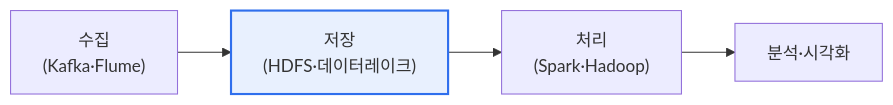
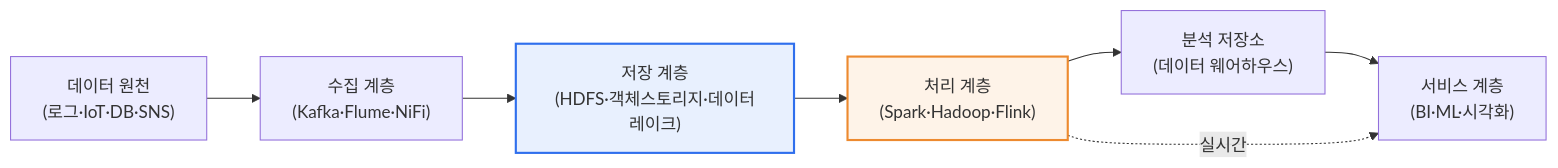
The first of 2 diagrams in content/bigdata-platform-architecture.md (coninggu/wjdqhrhksflrltnftk), drawn with Mermaid before and after one commit. The commit also changed other lines of this file and 3 other files, not shown here.

````diff
--- a/content/bigdata-platform-architecture.md
+++ b/content/bigdata-platform-architecture.md
@@ -15,5 +21,11 @@
 ```mermaid
 flowchart LR
-  I["수집<br/>(Kafka·Flume)"] --> S["저장<br/>(HDFS·데이터레이크)"] --> P["처리<br/>(Spark·Hadoop)"] --> A["분석·시각화"]
-  style S fill:#e8f0fe,stroke:#2f6fed,stroke-width:2px
+  SRC["데이터 원천<br/>(로그·IoT·DB·SNS)"] --> I["수집 계층<br/>(Kafka·Flume·NiFi)"]
+  I --> STG["저장 계층<br/>(HDFS·객체스토리지·데이터레이크)"]
+  STG --> P["처리 계층<br/>(Spark·Hadoop·Flink)"]
+  P --> WH["분석 저장소<br/>(데이터 웨어하우스)"]
+  WH --> SVC["서비스 계층<br/>(BI·ML·시각화)"]
+  P -.실시간.-> SVC
+  style STG fill:#e8f0fe,stroke:#2f6fed,stroke-width:2px
+  style P fill:#fef3e8,stroke:#ed8a2f,stroke-width:2px
 ```
````
